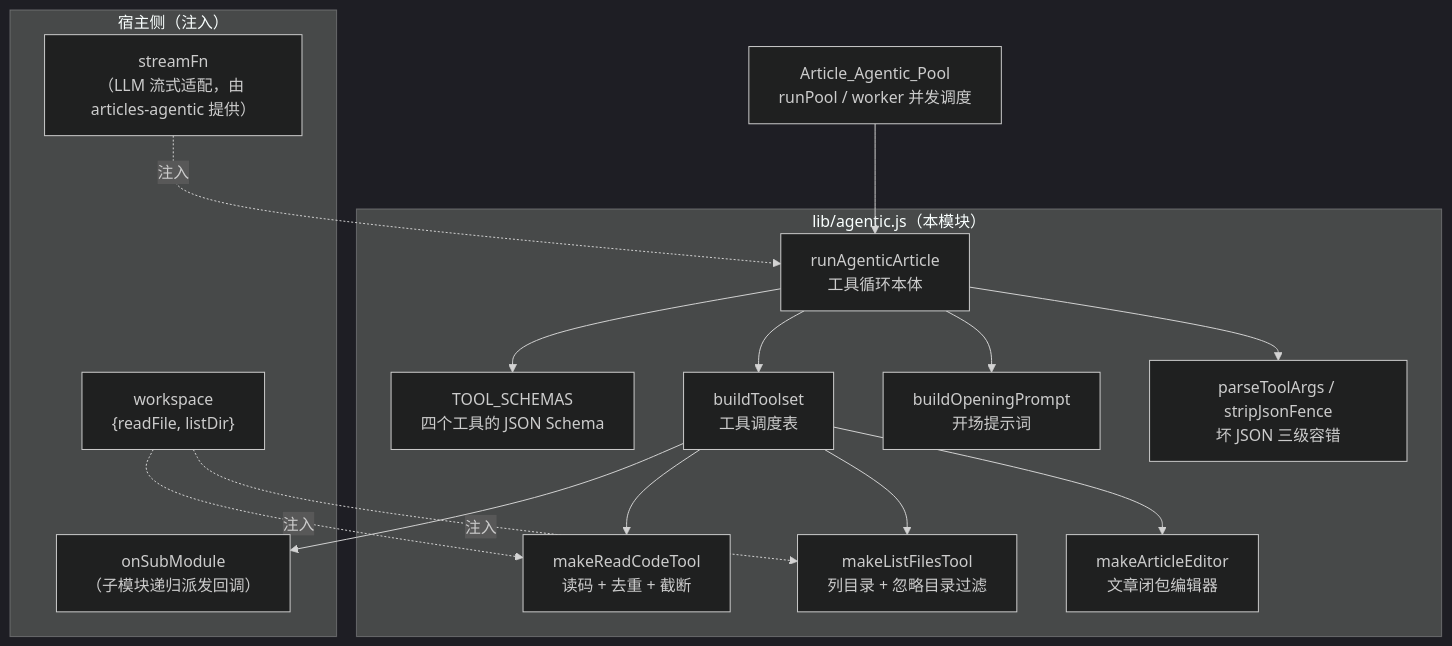
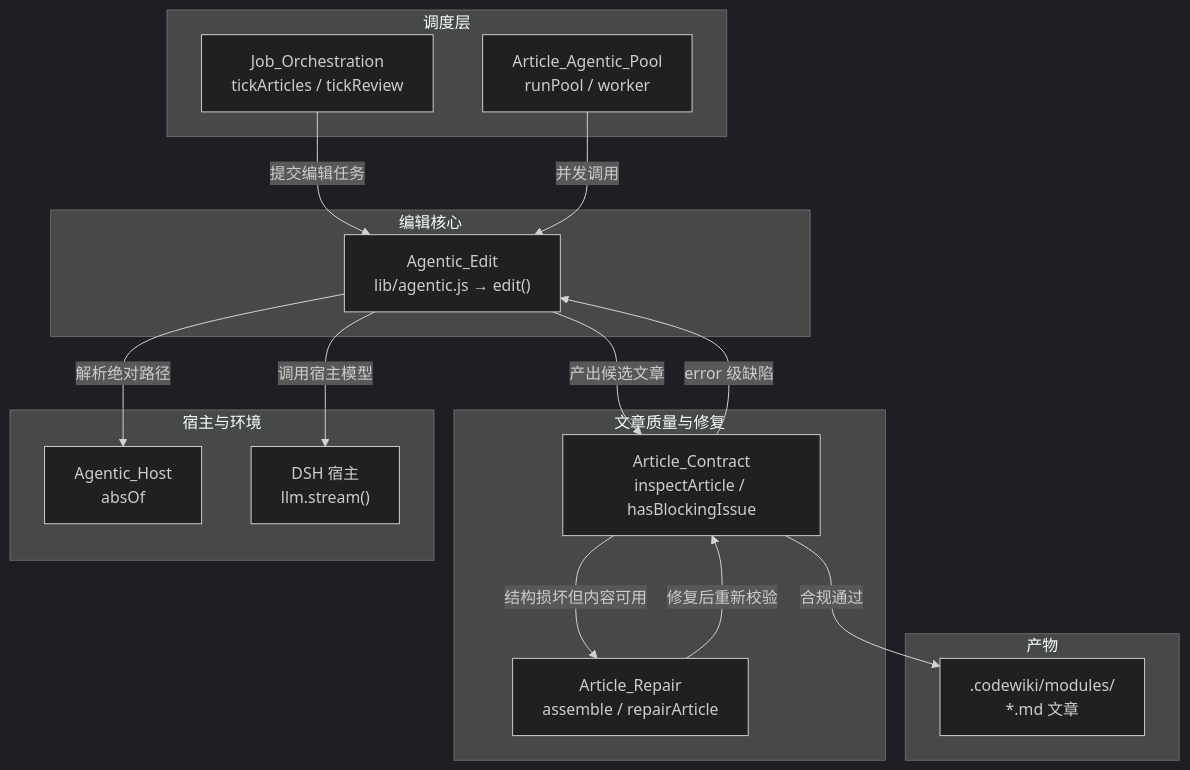
One commit to ikliml666/dsh-codewiki changed the first of 3 diagrams in .codewiki/_techdocs/docs/Agentic_Edit.md. Above: the diagram before and after it, drawn with Mermaid (dark theme). The commit also changed other lines of this file and 70 other files, not shown here.

Commit message:
docs(wiki): 更新 CodeWiki 编译产物（任务 job-mw5wfyxj-7，70 篇文章）

````diff
--- a/.codewiki/_techdocs/docs/Agentic_Edit.md
+++ b/.codewiki/_techdocs/docs/Agentic_Edit.md
@@ -24,32 +26,35 @@
 ```mermaid
-flowchart TD
-    subgraph Host["宿主侧（注入）"]
-        STREAM["streamFn<br/>（LLM 流式适配，由 articles-agentic 提供）"]
-        WS["workspace<br/>{readFile, listDir}"]
-        SUB["onSubModule<br/>（子模块递归派发回调）"]
+flowchart TB
+    subgraph 调度层
+        JO["Job_Orchestration<br/>tickArticles / tickReview"]
+        POOL["Article_Agentic_Pool<br/>runPool / worker"]
     end
 
-    subgraph AgenticEdit["lib/agentic.js（本模块）"]
-        LOOP["runAgenticArticle<br/>工具循环本体"]
-        SCHEMAS["TOOL_SCHEMAS<br/>四个工具的 JSON Schema"]
-        TOOLSET["buildToolset<br/>工具调度表"]
-        RCODE["makeReadCodeTool<br/>读码 + 去重 + 截断"]
-        LFILE["makeListFilesTool<br/>列目录 + 忽略目录过滤"]
-        EDITOR["makeArticleEditor<br/>文章闭包编辑器"]
-        PROMPT["buildOpeningPrompt<br/>开场提示词"]
-        ARGS["parseToolArgs / stripJsonFence<br/>坏 JSON 三级容错"]
+    subgraph 编辑核心
+        AE["Agentic_Edit<br/>lib/agentic.js → edit()"]
     end
 
-    POOL["Article_Agentic_Pool<br/>runPool / worker 并发调度"] --> LOOP
-    LOOP --> TOOLSET
-    TOOLSET --> RCODE
-    TOOLSET --> LFILE
-    TOOLSET --> EDITOR
-    TOOLSET --> SUB
-    LOOP --> SCHEMAS
-    LOOP --> PROMPT
-    LOOP --> ARGS
-    STREAM -.注入.-> LOOP
-    WS -.注入.-> RCODE
-    WS -.注入.-> LFILE
+    subgraph 文章质量与修复
+        AC["Article_Contract<br/>inspectArticle / hasBlockingIssue"]
+        AR["Article_Repair<br/>assemble / repairArticle"]
+    end
+
+    subgraph 宿主与环境
+        AH["Agentic_Host<br/>absOf"]
+        HOST["DSH 宿主<br/>llm.stream()"]
+    end
+
+    subgraph 产物
+        WIKI[".codewiki/modules/<br/>*.md 文章"]
+    end
+
+    JO -->|"提交编辑任务"| AE
+    POOL -->|"并发调用"| AE
+    AE -->|"调用宿主模型"| HOST
+    AE -->|"解析绝对路径"| AH
+    AE -->|"产出候选文章"| AC
+    AC -->|"结构损坏但内容可用"| AR
+    AR -->|"修复后重新校验"| AC
+    AC -->|"合规通过"| WIKI
+    AC -->|"error 级缺陷"| AE
 ```
````
